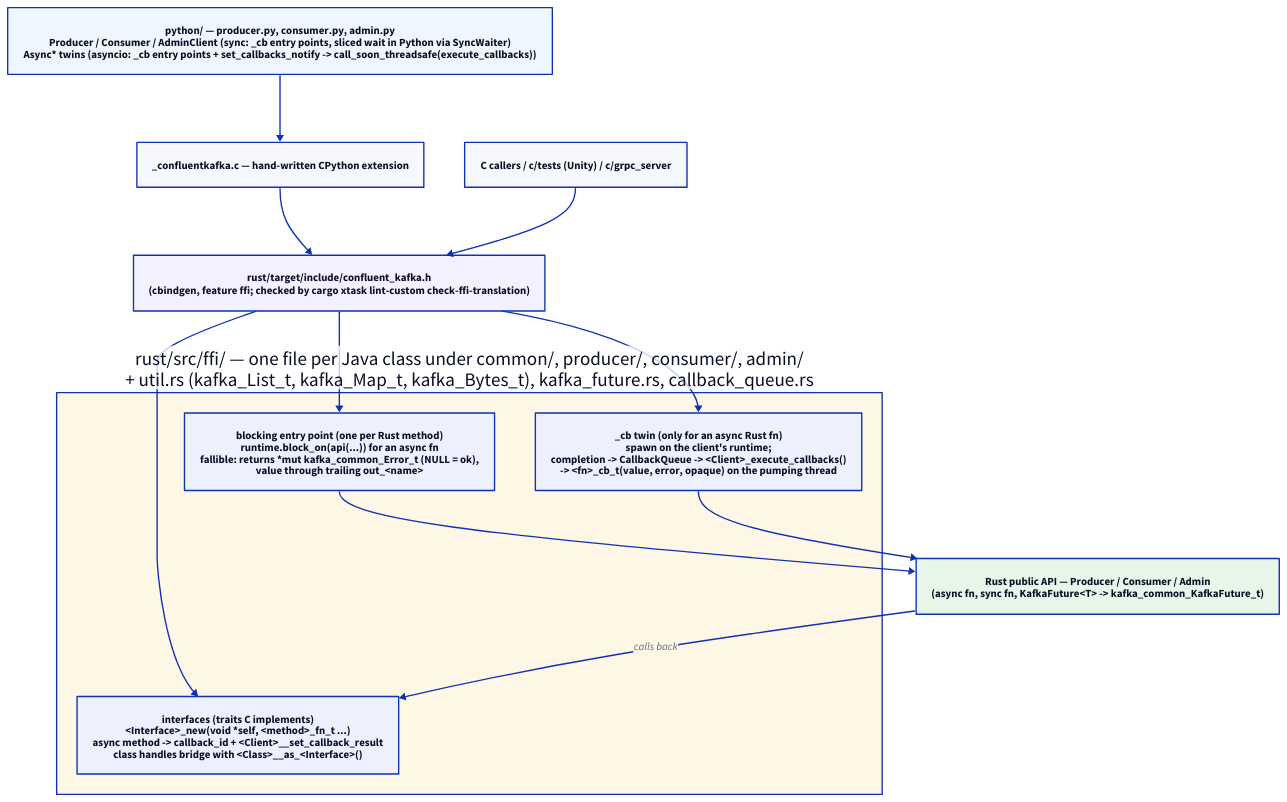
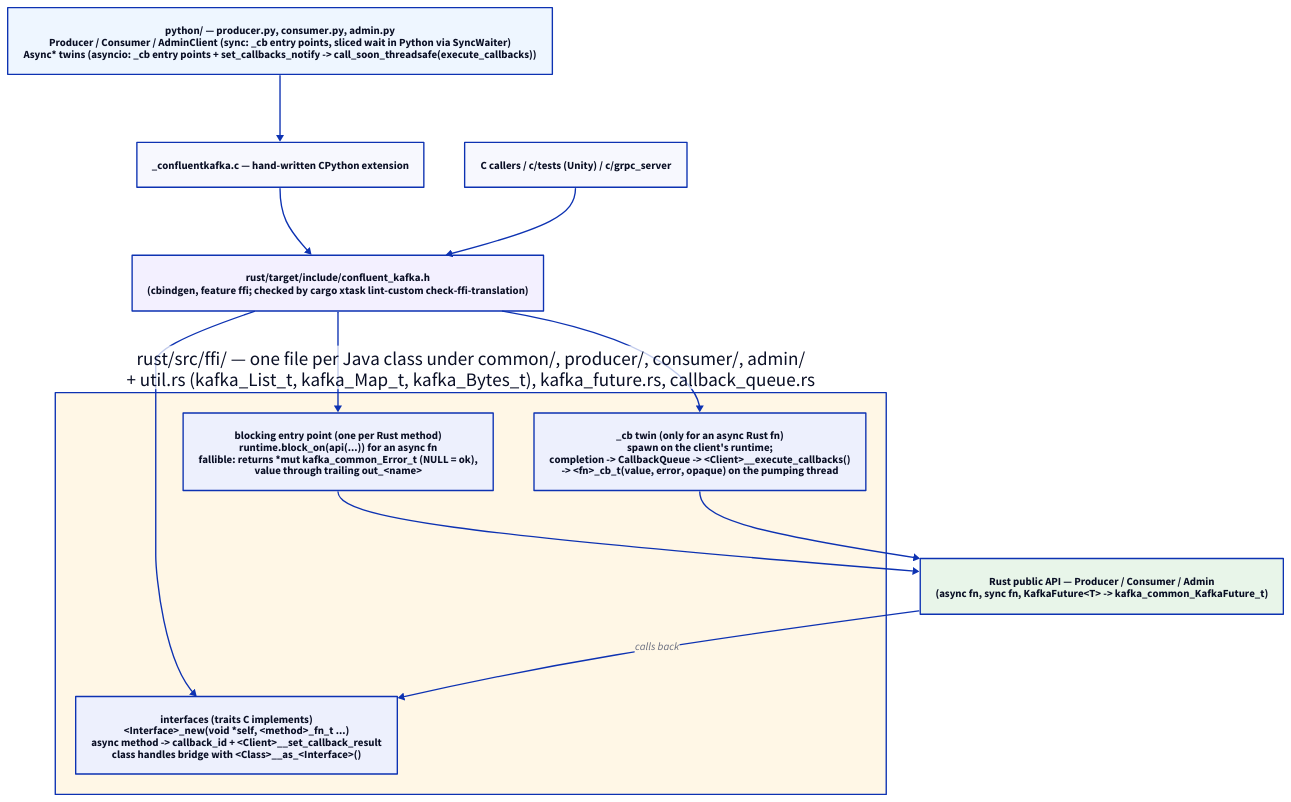
The diagram in design/current/img/bindings-layering.d2 (confluentinc/kafka-clients), drawn with D2 before and after one commit. The commit also changed 35 other files, not shown here.

First line of the commit message:
ffi: client callbacks pump is <Client>__execute_callbacks / <Client>__set_callbacks_notify

```diff
--- a/design/current/img/bindings-layering.d2
+++ b/design/current/img/bindings-layering.d2
@@ -1,44 +1,44 @@
 # How the C and Python bindings sit on the async Rust API.
 #
 # Source of truth for design/current/img/bindings-layering.svg.
 # Render with: make -C design/current d2
 #
 # The point of this diagram: the C API mirrors the Rust (and so the Java)
 # surface one-to-one under CLAUDE.md §4 -- a blocking entry point per Rust
 # `async fn` plus a `_cb` twin whose completion is queued on the client's
-# callbacks vector and run by `_execute_callbacks` on a caller thread; a
+# callbacks vector and run by `__execute_callbacks` on a caller thread; a
 # sync Rust `fn` crosses once. No Rust thread ever runs a user callback.
 # Both bindings are thin layers over that surface.
 
 direction: down
 
 py: "python/ — producer.py, consumer.py, admin.py\nProducer / Consumer / AdminClient (sync: _cb entry points, sliced wait in Python via SyncWaiter)\nAsync* twins (asyncio: _cb entry points + set_callbacks_notify -> call_soon_threadsafe(execute_callbacks))" {
   style.fill: "#eef6ff"
 }
 pyext: "_confluentkafka.c — hand-written CPython extension"
 c: "C callers / c/tests (Unity) / c/grpc_server"
 
 header: "rust/target/include/confluent_kafka.h\n(cbindgen, feature ffi; checked by cargo xtask lint-custom check-ffi-translation)" {
   style.fill: "#f3f0ff"
 }
 
 ffi: "rust/src/ffi/ — one file per Java class under common/, producer/, consumer/, admin/\n+ util.rs (kafka_List_t, kafka_Map_t, kafka_Bytes_t), kafka_future.rs, callback_queue.rs" {
   style.fill: "#fff7e6"
 
   sync: "blocking entry point (one per Rust method)\nruntime.block_on(api(...)) for an async fn\nfallible: returns *mut kafka_common_Error_t (NULL = ok),\nvalue through trailing out_<name>"
-  cb: "_cb twin (only for an async Rust fn)\nspawn on the client's runtime;\ncompletion -> CallbackQueue -> <Client>_execute_callbacks()\n-> <fn>_cb_t(value, error, opaque) on the pumping thread"
+  cb: "_cb twin (only for an async Rust fn)\nspawn on the client's runtime;\ncompletion -> CallbackQueue -> <Client>__execute_callbacks()\n-> <fn>_cb_t(value, error, opaque) on the pumping thread"
   iface: "interfaces (traits C implements)\n<Interface>_new(void *self, <method>_fn_t ...)\nasync method -> callback_id + <Client>__set_callback_result\nclass handles bridge with <Class>__as_<Interface>()"
 }
 
 core: "Rust public API — Producer / Consumer / Admin\n(async fn, sync fn, KafkaFuture<T> -> kafka_common_KafkaFuture_t)" {
   style.fill: "#e8f5e9"
 }
 
 py -> pyext -> header
 c -> header
 header -> ffi.sync
 header -> ffi.cb
 header -> ffi.iface
 ffi.sync -> core
 ffi.cb -> core
 core -> ffi.iface: "calls back"
```
